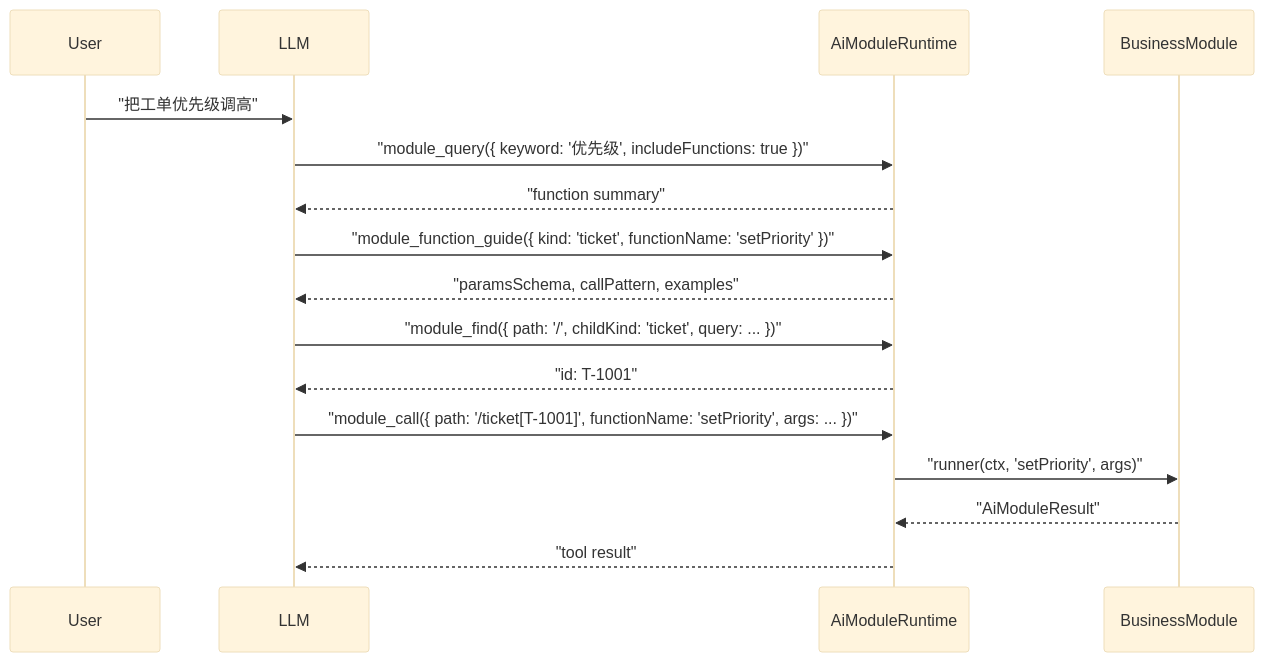
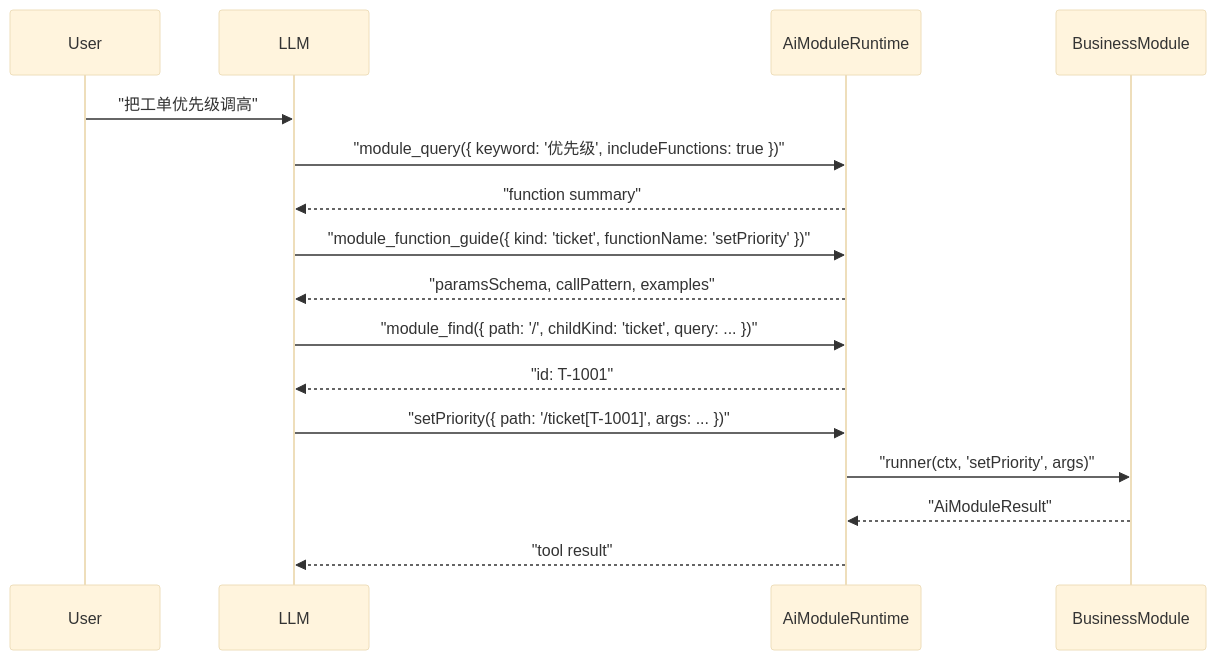
Before and after one commit to LMSpark/spark-view-vue: the third of 5 diagrams in docs/ai/spark-ai-complete-guide.md, drawn with Mermaid (base theme). The commit also changed other lines of this file and 244 other files, not shown here.

````diff
--- a/docs/ai/spark-ai-complete-guide.md
+++ b/docs/ai/spark-ai-complete-guide.md
@@ -588,19 +591,19 @@
 ```mermaid
 sequenceDiagram
   participant U as User
   participant L as LLM
   participant R as AiModuleRuntime
   participant B as BusinessModule
 
   U->>L: "把工单优先级调高"
   L->>R: "module_query({ keyword: '优先级', includeFunctions: true })"
   R-->>L: "function summary"
   L->>R: "module_function_guide({ kind: 'ticket', functionName: 'setPriority' })"
   R-->>L: "paramsSchema, callPattern, examples"
   L->>R: "module_find({ path: '/', childKind: 'ticket', query: ... })"
   R-->>L: "id: T-1001"
-  L->>R: "module_call({ path: '/ticket[T-1001]', functionName: 'setPriority', args: ... })"
+  L->>R: "setPriority({ path: '/ticket[T-1001]', args: ... })"
   R->>B: "runner(ctx, 'setPriority', args)"
   B-->>R: "AiModuleResult"
   R-->>L: "tool result"
 ```
````
